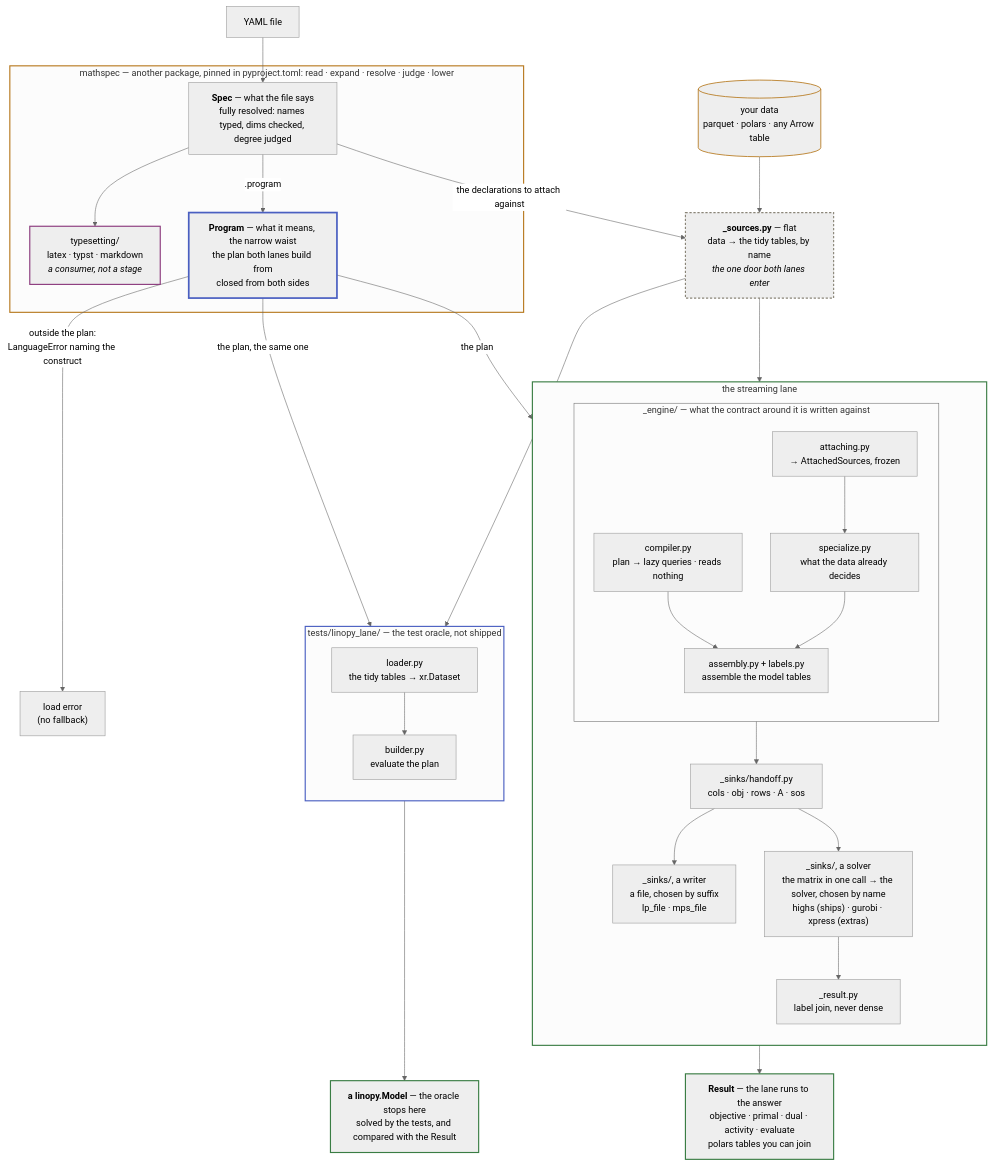
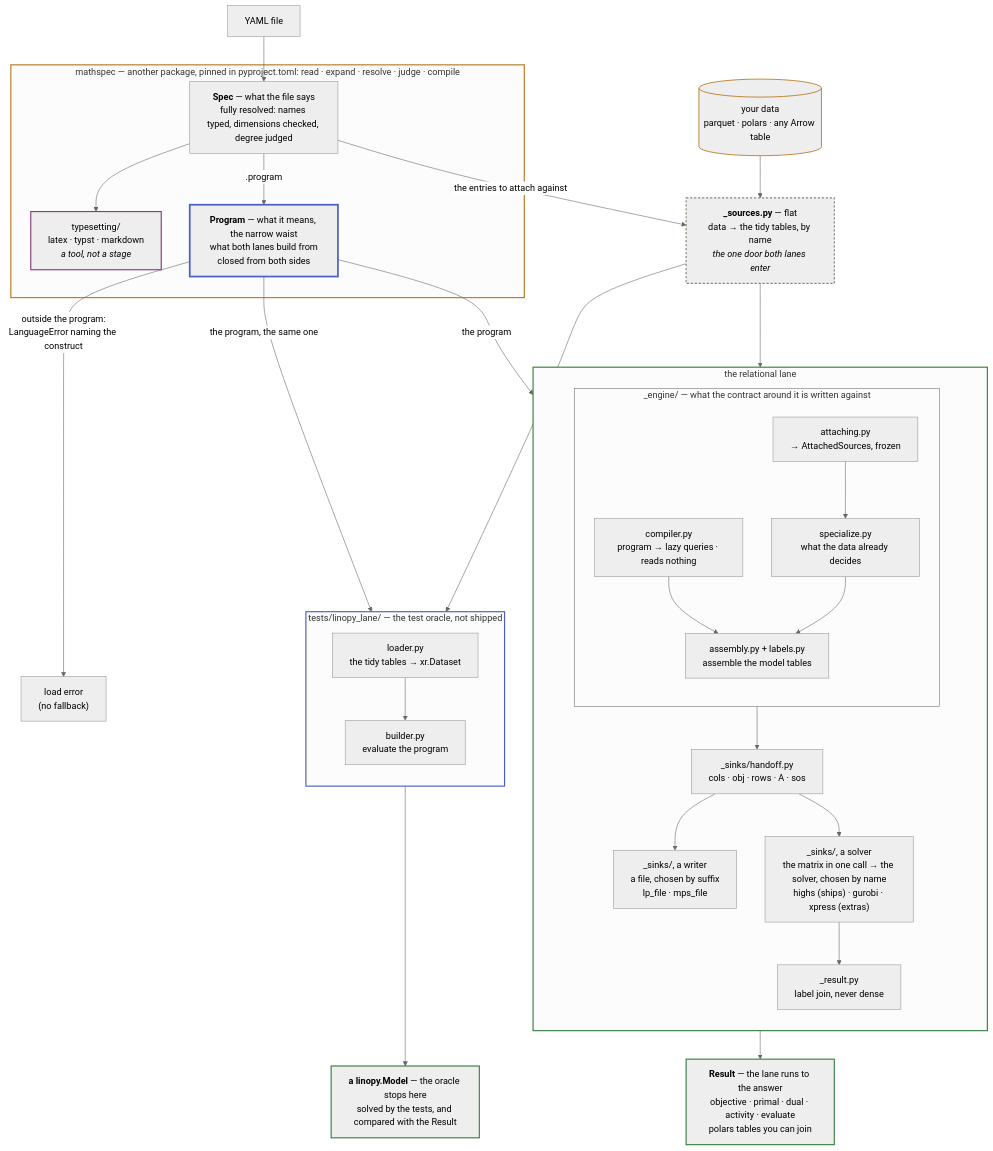
One commit to fluxopt/specsolve changed the diagram in docs/development/architecture.md. Above: the diagram before and after it, drawn with Mermaid (neutral theme). The commit also changed other lines of this file and 17 other files, not shown here.

First line of the commit message:
docs: pages and the glossary use mathspec's words for entries, conditions and the program

````diff
--- a/docs/development/architecture.md
+++ b/docs/development/architecture.md
@@ -19,60 +19,60 @@
 ```mermaid
 flowchart TB
     Y[YAML file] --> SPEC
     DATA[("your data<br/>parquet · polars · any Arrow table")] --> SRC
 
-    subgraph MS["mathspec — another package, pinned in pyproject.toml: read · expand · resolve · judge · lower"]
-        SPEC["<b>Spec</b> — what the file says<br/>fully resolved: names typed, dims checked, degree judged"]
-        SPEC --> TS["typesetting/<br/>latex · typst · markdown<br/><i>a consumer, not a stage</i>"]
-        SPEC -->|".program"| PLAN["<b>Program</b> — what it means, the narrow waist<br/>the plan both lanes build from<br/>closed from both sides"]
+    subgraph MS["mathspec — another package, pinned in pyproject.toml: read · expand · resolve · judge · compile"]
+        SPEC["<b>Spec</b> — what the file says<br/>fully resolved: names typed, dimensions checked, degree judged"]
+        SPEC --> TS["typesetting/<br/>latex · typst · markdown<br/><i>a tool, not a stage</i>"]
+        SPEC -->|".program"| PLAN["<b>Program</b> — what it means, the narrow waist<br/>what both lanes build from<br/>closed from both sides"]
     end
 
-    SPEC -->|"the declarations to attach against"| SRC
+    SPEC -->|"the entries to attach against"| SRC
     SRC["<b>_sources.py</b> — flat<br/>data → the tidy tables, by name<br/><i>the one door both lanes enter</i>"]
 
-    PLAN -->|"outside the plan:<br/>LanguageError naming the construct"| ERR["load error<br/>(no fallback)"]
-    PLAN -->|"the plan"| COMP
+    PLAN -->|"outside the program:<br/>LanguageError naming the construct"| ERR["load error<br/>(no fallback)"]
+    PLAN -->|"the program"| COMP
     SRC --> ATTACH
-    PLAN -->|"the plan, the same one"| BUILD
+    PLAN -->|"the program, the same one"| BUILD
     SRC --> LOAD
 
-    subgraph REL["the streaming lane"]
+    subgraph REL["the relational lane"]
         direction TB
         subgraph ENG["_engine/ — what the contract around it is written against"]
             direction TB
-            COMP["compiler.py<br/>plan → lazy queries · reads nothing"] --> ENGINE
+            COMP["compiler.py<br/>program → lazy queries · reads nothing"] --> ENGINE
             ATTACH["attaching.py<br/>→ AttachedSources, frozen"] --> SPECIALIZE["specialize.py<br/>what the data already decides"]
             SPECIALIZE --> ENGINE["assembly.py + labels.py<br/>assemble the model tables"]
         end
         ENG --> TABLES["_sinks/handoff.py<br/>cols · obj · rows · A · sos"]
         TABLES --> LPS["_sinks/, a writer<br/>a file, chosen by suffix<br/>lp_file · mps_file"]
         TABLES --> DIRECT["_sinks/, a solver<br/>the matrix in one call → the solver, chosen by name<br/>highs (ships) · gurobi · xpress (extras)"]
         DIRECT --> SOL["_result.py<br/>label join, never dense"]
     end
 
     SOL --> ANS["<b>Result</b> — the lane runs to the answer<br/>objective · primal · dual · activity · evaluate<br/>polars tables you can join"]
 
     subgraph LIN["tests/linopy_lane/ — the test oracle, not shipped"]
         direction TB
-        LOAD["loader.py<br/>the tidy tables → xr.Dataset"] --> BUILD["builder.py<br/>evaluate the plan"]
+        LOAD["loader.py<br/>the tidy tables → xr.Dataset"] --> BUILD["builder.py<br/>evaluate the program"]
     end
 
     BUILD --> MODEL["<b>a linopy.Model</b> — the oracle stops here<br/>solved by the tests, and compared with the Result"]
 
     classDef laneL stroke:#b7791f,stroke-width:2px
     classDef laneR stroke:#3a7d44,stroke-width:2px
     classDef laneE stroke:#4a5fc1,stroke-width:2px
     classDef laneT stroke:#8b3a7d,stroke-width:2px
     classDef waist stroke:#4a5fc1,stroke-width:3px
     classDef flat stroke:#8a8578,stroke-width:2px,stroke-dasharray:4 3
     classDef data stroke:#b7791f,stroke-width:1.5px
     classDef out stroke:#3a7d44,stroke-width:2px
     class MS laneL
     class REL laneR
     class LIN laneE
     class TS laneT
     class PLAN waist
     class SRC flat
     class DATA data
     class ANS,MODEL out
 ```
````
